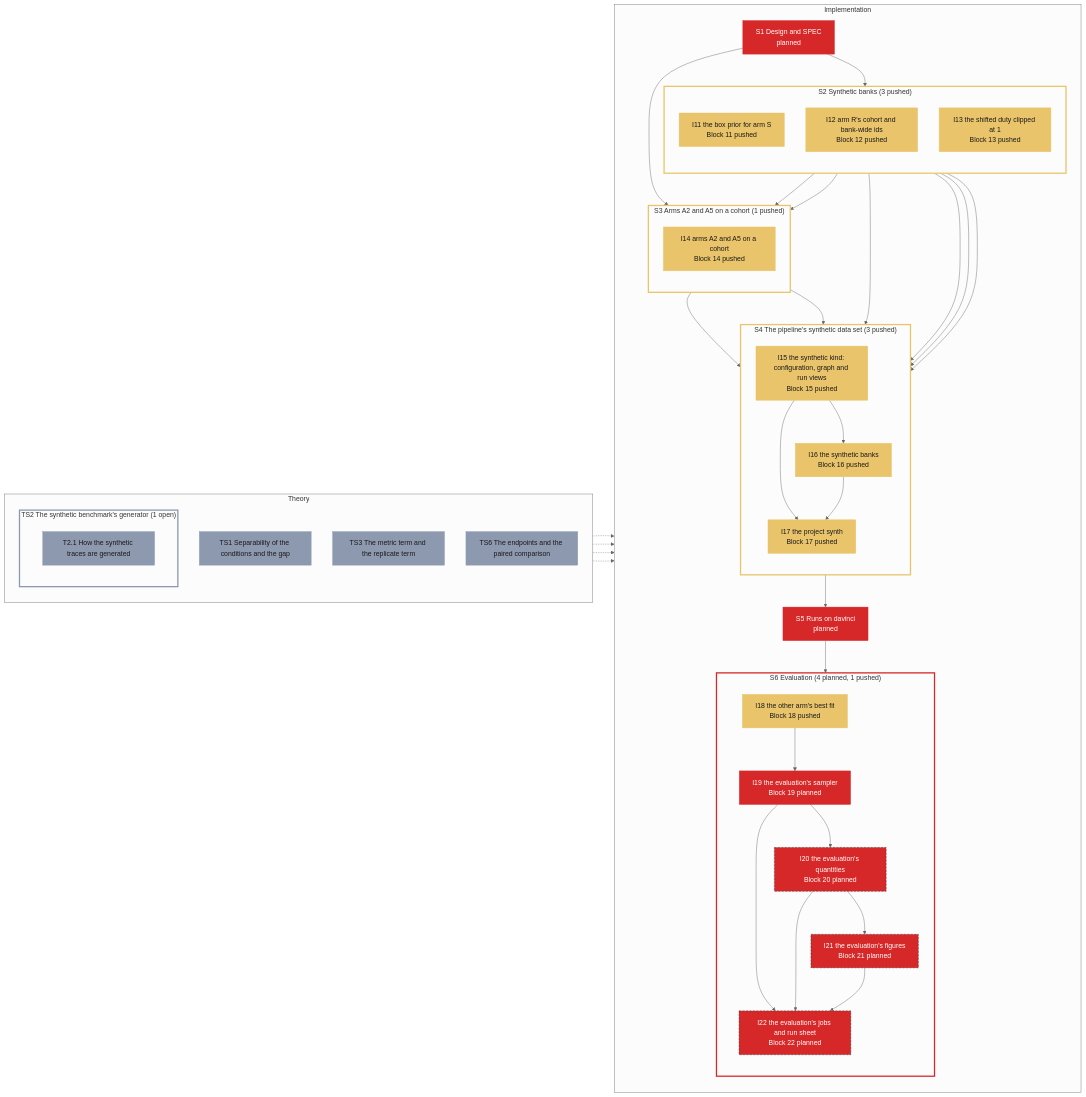
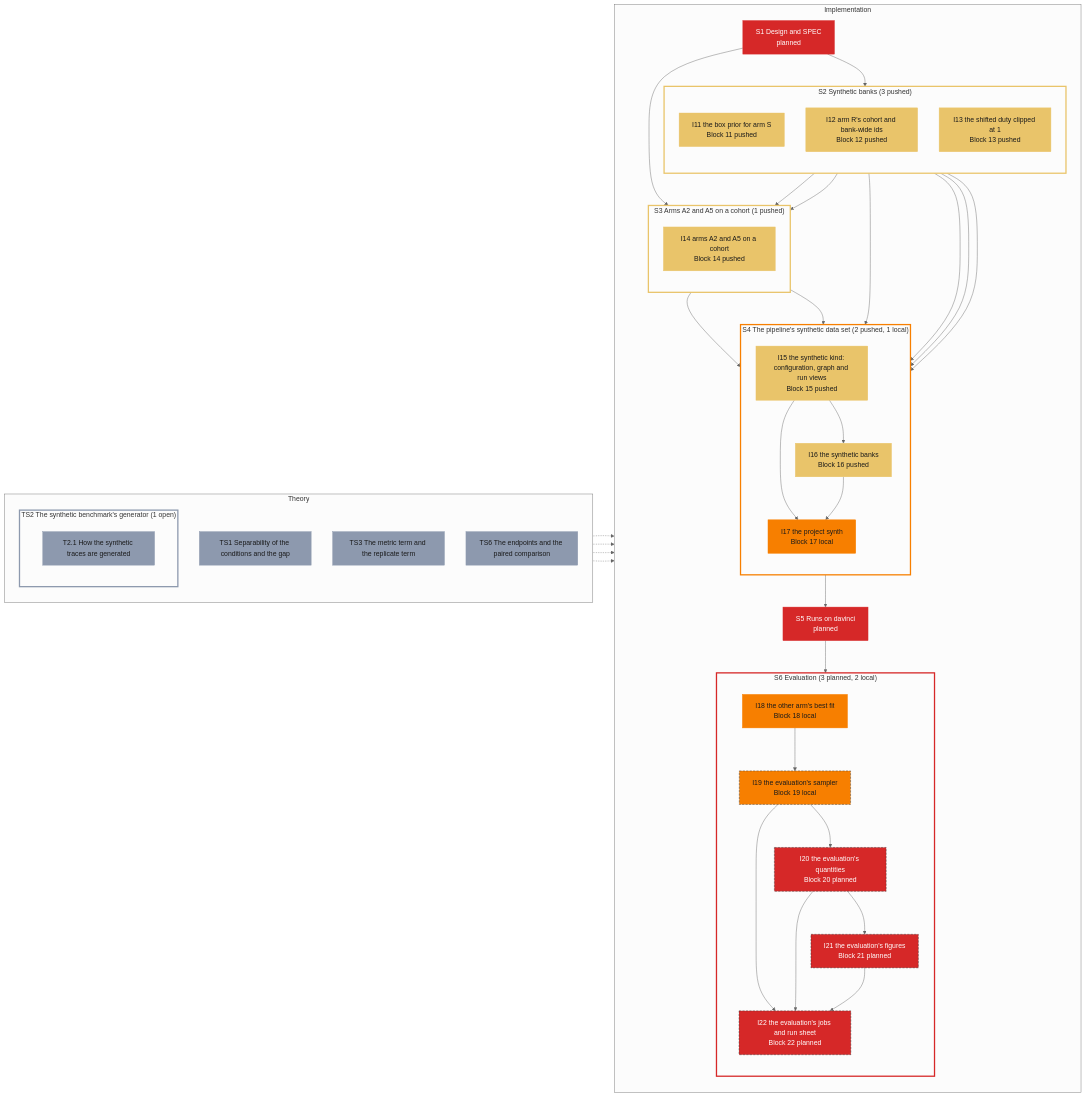
The diagram in specs/roadmap/synth.md (Leonardodm00/Simulation-Based-Inference), drawn with Mermaid (neutral theme) before and after one commit. The commit also changed other lines of this file, not shown here.

Commit message:
roadmap: synth rendered (blocks 19 and 22 part 1 committed)
Claude-Session: https://claude.ai/code/session_015FuK9zUnAx2bAGmAbFphw4

````diff
--- a/specs/roadmap/synth.md
+++ b/specs/roadmap/synth.md
@@ -39,17 +39,17 @@
             direction TB
             I14["I14 arms A2 and A5 on a cohort<br/>Block 14 pushed"]:::pushed
         end
-        subgraph grp_S4["S4 The pipeline's synthetic data set (3 pushed)"]
+        subgraph grp_S4["S4 The pipeline's synthetic data set (2 pushed, 1 local)"]
             direction TB
             I15["I15 the synthetic kind: configuration, graph and run views<br/>Block 15 pushed"]:::pushed
             I16["I16 the synthetic banks<br/>Block 16 pushed"]:::pushed
-            I17["I17 the project synth<br/>Block 17 pushed"]:::pushed
+            I17["I17 the project synth<br/>Block 17 local"]:::local
         end
         S5["S5 Runs on davinci<br/>planned"]:::planned
-        subgraph grp_S6["S6 Evaluation (4 planned, 1 pushed)"]
+        subgraph grp_S6["S6 Evaluation (3 planned, 2 local)"]
             direction TB
-            I18["I18 the other arm's best fit<br/>Block 18 pushed"]:::pushed
-            I19["I19 the evaluation's sampler<br/>Block 19 planned"]:::planned
+            I18["I18 the other arm's best fit<br/>Block 18 local"]:::local
+            I19["I19 the evaluation's sampler<br/>Block 19 local"]:::local
             I20["I20 the evaluation's quantities<br/>Block 20 planned"]:::planned
             I21["I21 the evaluation's figures<br/>Block 21 planned"]:::planned
             I22["I22 the evaluation's jobs and run sheet<br/>Block 22 planned"]:::planned
@@ -80,10 +80,10 @@
     grp_TS2 -.-> grp_S2
     TS3 -.-> grp_S3
     TS6 -.-> grp_S6
-    class I20,I21,I22 blocked
+    class I19,I20,I21,I22 blocked
     style grp_TS2 stroke:#8d99ae,stroke-width:3px
     style grp_S2 stroke:#e9c46a,stroke-width:3px
     style grp_S3 stroke:#e9c46a,stroke-width:3px
-    style grp_S4 stroke:#e9c46a,stroke-width:3px
+    style grp_S4 stroke:#f77f00,stroke-width:3px
     style grp_S6 stroke:#d62828,stroke-width:3px
 ```
````
